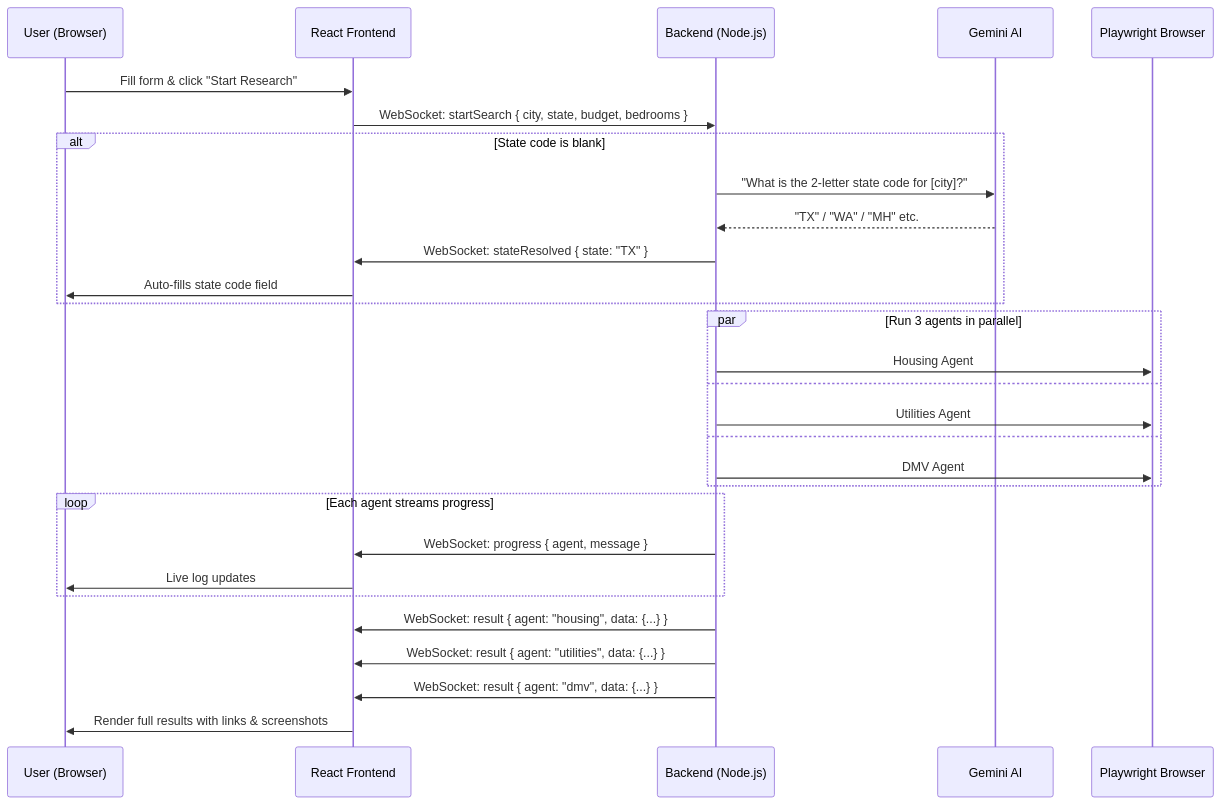
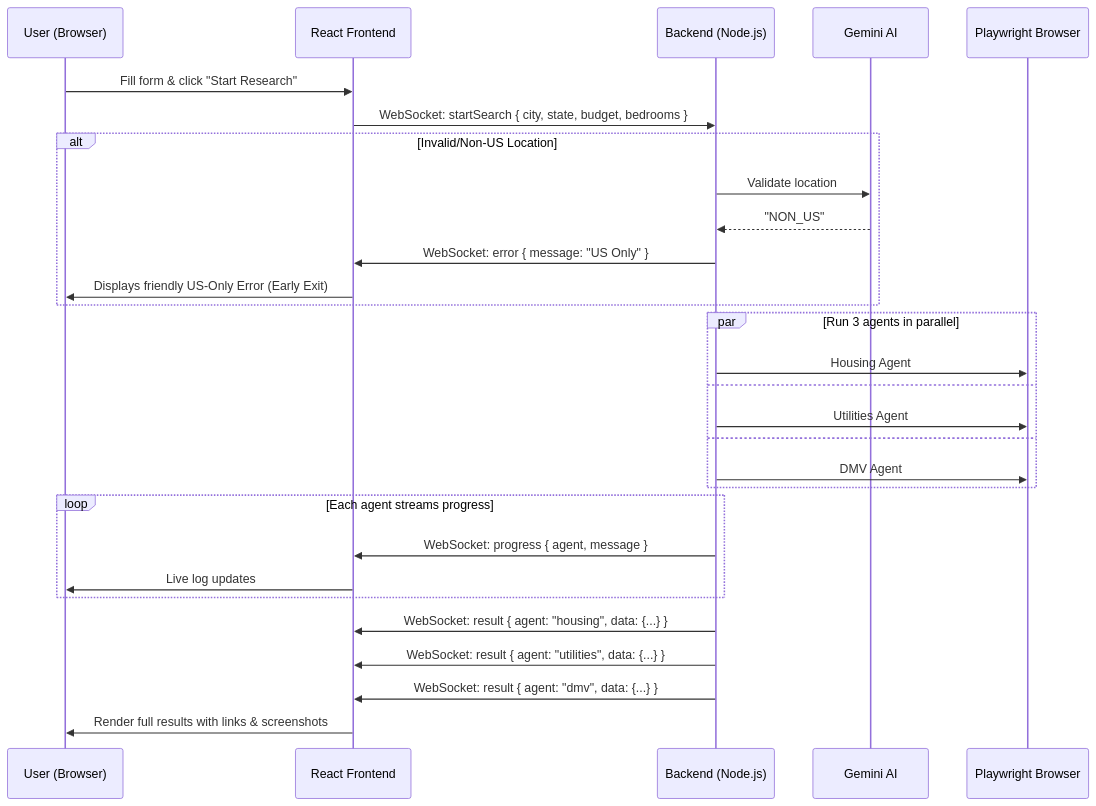
Before and after one commit to Ayushtitan123/Moving-Day-The-Concierge-That-Actually-Leaves-Its-Desk: the first of 5 diagrams in README.md, drawn with Mermaid. The commit also changed other lines of this file, not shown here.

Commit message:
docs: update README to reflect US-only validation and geocoding features

````diff
--- a/README.md
+++ b/README.md
@@ -136,36 +136,36 @@
 ```mermaid
 sequenceDiagram
     participant U as User (Browser)
     participant FE as React Frontend
     participant BE as Backend (Node.js)
     participant GEM as Gemini AI
     participant PW as Playwright Browser
 
     U->>FE: Fill form & click "Start Research"
     FE->>BE: WebSocket: startSearch { city, state, budget, bedrooms }
     
-    alt State code is blank
-        BE->>GEM: "What is the 2-letter state code for [city]?"
-        GEM-->>BE: "TX" / "WA" / "MH" etc.
-        BE->>FE: WebSocket: stateResolved { state: "TX" }
-        FE->>U: Auto-fills state code field
+    alt Invalid/Non-US Location
+        BE->>GEM: Validate location
+        GEM-->>BE: "NON_US"
+        BE->>FE: WebSocket: error { message: "US Only" }
+        FE->>U: Displays friendly US-Only Error (Early Exit)
     end
 
     par Run 3 agents in parallel
         BE->>PW: Housing Agent
         and
         BE->>PW: Utilities Agent
         and
         BE->>PW: DMV Agent
     end
 
     loop Each agent streams progress
         BE->>FE: WebSocket: progress { agent, message }
         FE->>U: Live log updates
     end
 
     BE->>FE: WebSocket: result { agent: "housing", data: {...} }
     BE->>FE: WebSocket: result { agent: "utilities", data: {...} }
     BE->>FE: WebSocket: result { agent: "dmv", data: {...} }
     FE->>U: Render full results with links & screenshots
 ```
````
